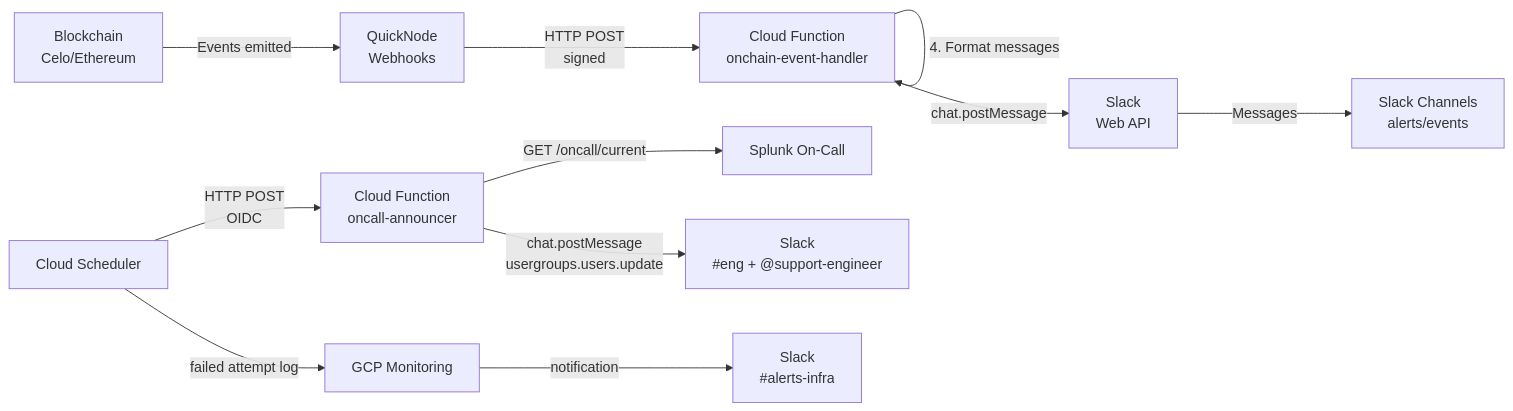
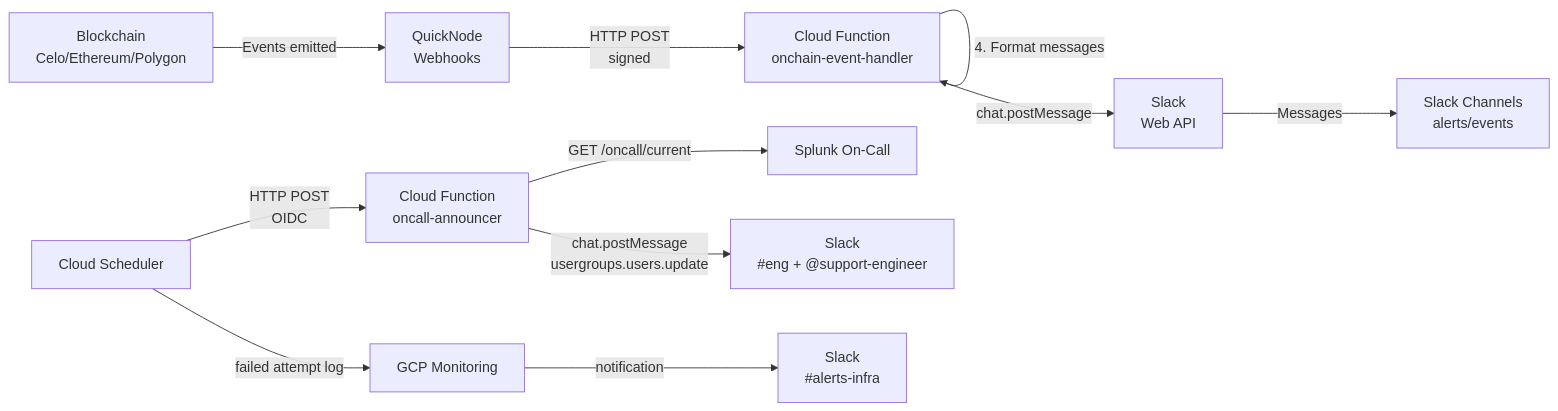
The diagram in alerts/infra/README.md (mento-protocol/monitoring-monorepo), drawn with Mermaid before and after one commit. The commit also changed other lines of this file and 193 other files, not shown here.

````diff
--- a/alerts/infra/README.md
+++ b/alerts/infra/README.md
@@ -26,16 +26,16 @@
 ```mermaid
 graph LR
-    A[Blockchain<br/>Celo/Ethereum] -->|Events emitted| B[QuickNode<br/>Webhooks]
+    A[Blockchain<br/>Celo/Ethereum/Polygon] -->|Events emitted| B[QuickNode<br/>Webhooks]
     B -->|HTTP POST<br/>signed| C[Cloud Function<br/>onchain-event-handler]
     C -->|1. Verify signature| C
     C -->|2. Validate payload| C
     C -->|3. Process events| C
     C -->|4. Format messages| C
     C -->|chat.postMessage| D[Slack<br/>Web API]
     D -->|Messages| E[Slack Channels<br/>alerts/events]
     F[Cloud Scheduler] -->|HTTP POST<br/>OIDC| G[Cloud Function<br/>oncall-announcer]
     G -->|GET /oncall/current| H[Splunk On-Call]
     G -->|chat.postMessage<br/>usergroups.users.update| I[Slack<br/>#eng + @support-engineer]
     F -->|failed attempt log| J[GCP Monitoring]
     J -->|notification| K[Slack<br/>#alerts-infra]
 ```
````
